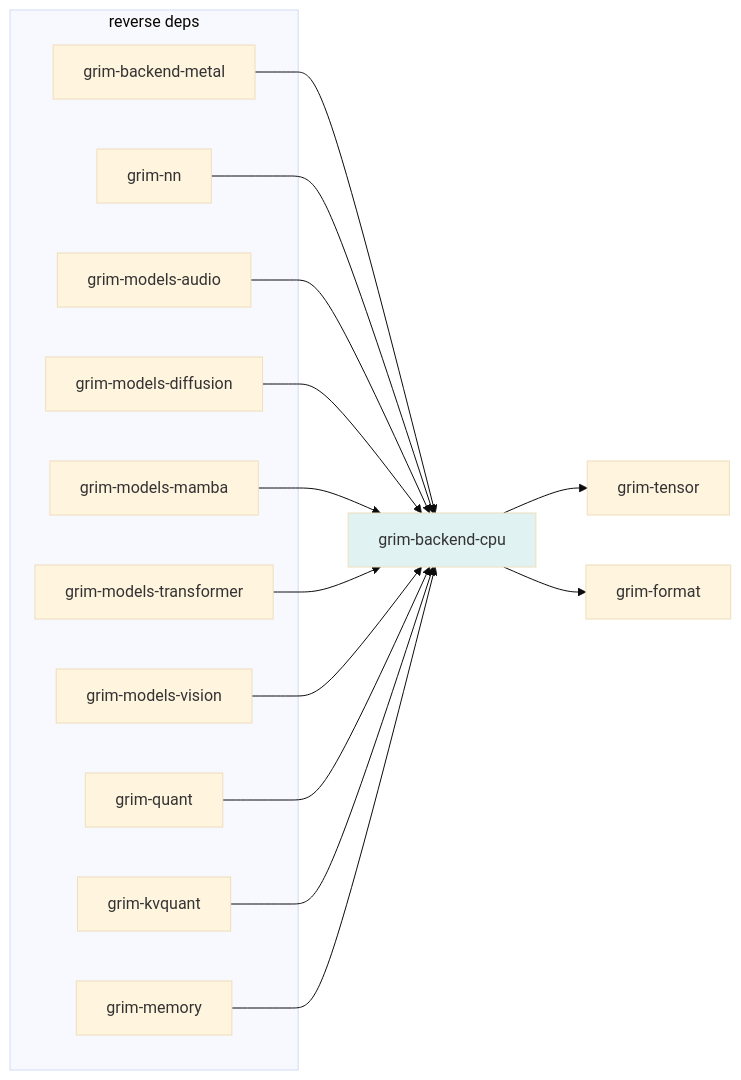
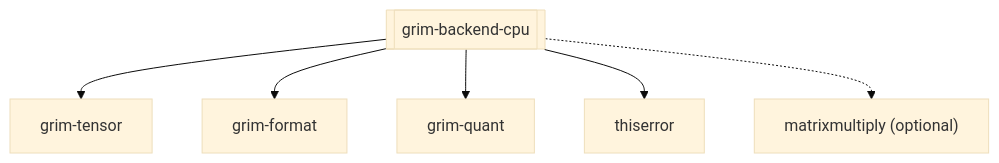
One commit to sydonayrex/grim changed the diagram in crates/grim-backend-cpu/README.md. Above: the diagram before and after it, drawn with Mermaid (base theme). The commit also changed other lines of this file and 53 other files, not shown here.

````diff
--- a/crates/grim-backend-cpu/README.md
+++ b/crates/grim-backend-cpu/README.md
@@ -17,31 +8,16 @@
 ```mermaid
-graph LR
-    A[grim-backend-cpu] --> B[grim-tensor]
-    A --> C[grim-format]
-
-    subgraph "reverse deps"
-        D1[grim-backend-metal]
-        D2[grim-nn]
-        D3[grim-models-audio]
-        D4[grim-models-diffusion]
-        D5[grim-models-mamba]
-        D6[grim-models-transformer]
-        D7[grim-models-vision]
-        D8[grim-quant]
-        D9[grim-kvquant]
-        D10[grim-memory]
-    end
-
-    D1 --> A
-    D2 --> A
-    D3 --> A
-    D4 --> A
-    D5 --> A
-    D6 --> A
-    D7 --> A
-    D8 --> A
-    D9 --> A
-    D10 --> A
-
-    style A fill:#e0f2f1
+graph TD
+    grim-backend-cpu[["grim-backend-cpu"]]
+    
+    grim-tensor["grim-tensor"]
+    grim-format["grim-format"]
+    grim-quant["grim-quant"]
+    thiserror["thiserror"]
+    matrixmultiply["matrixmultiply (optional)"]
+    
+    grim-backend-cpu --> grim-tensor
+    grim-backend-cpu --> grim-format
+    grim-backend-cpu --> grim-quant
+    grim-backend-cpu --> thiserror
+    grim-backend-cpu -.-> matrixmultiply
 ```
````
